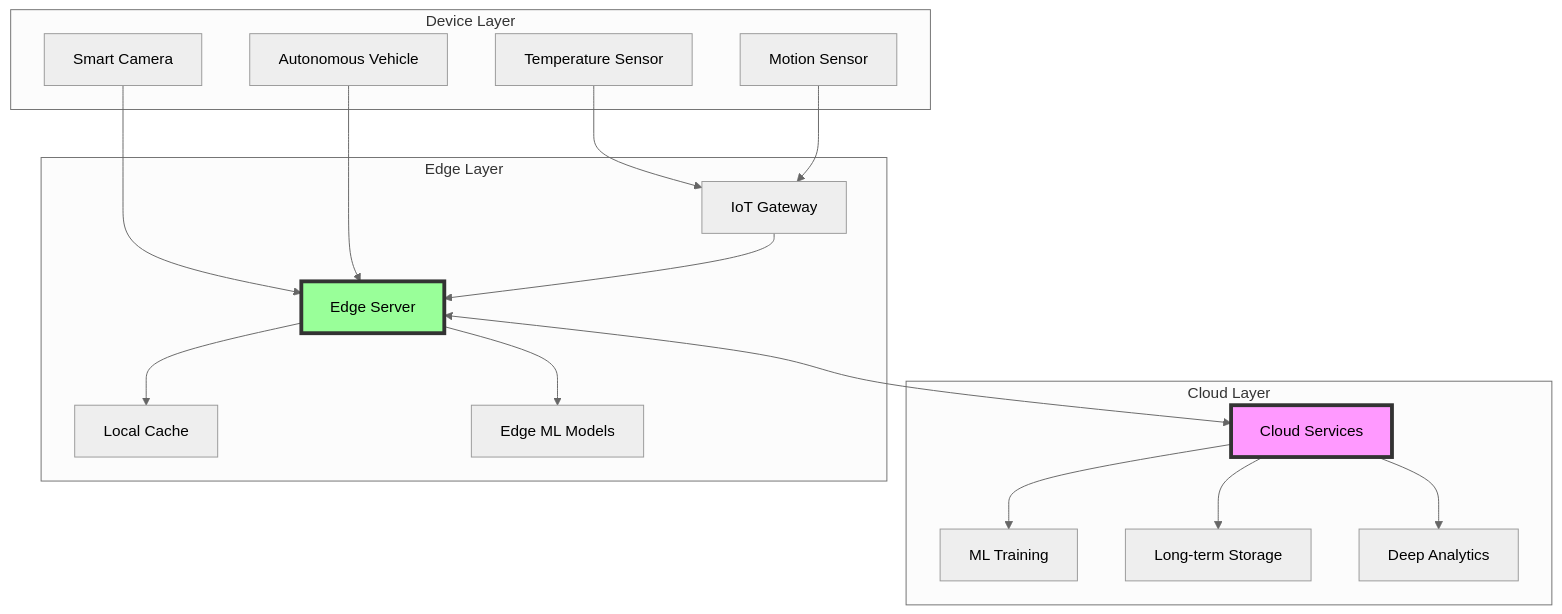
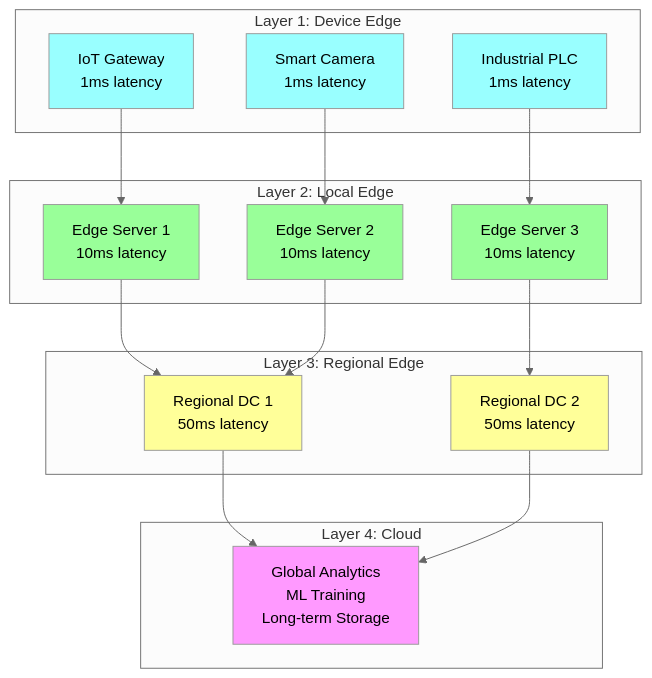
Before and after one commit to deepaucksharma/DStudio: the second of 16 diagrams in docs/pattern-library/scaling/edge-computing.md, drawn with Mermaid (neutral theme). The commit also changed other lines of this file and 12 other files, not shown here.

````diff
--- a/docs/pattern-library/scaling/edge-computing.md
+++ b/docs/pattern-library/scaling/edge-computing.md
@@ -193,40 +97,44 @@
 ```mermaid
 graph TB
-    subgraph "Cloud Layer"
-        Cloud[Cloud Services]
-        ML[ML Training]
-        Storage[Long-term Storage]
-        Analytics[Deep Analytics]
+    subgraph "Layer 4: Cloud"
+        Cloud[Global Analytics<br/>ML Training<br/>Long-term Storage]
     end
     
-    subgraph "Edge Layer"
-        Gateway[IoT Gateway]
-        EdgeServer[Edge Server]
-        Cache[Local Cache]
-        EdgeML[Edge ML Models]
+    subgraph "Layer 3: Regional Edge"
+        Regional1[Regional DC 1<br/>50ms latency]
+        Regional2[Regional DC 2<br/>50ms latency]
     end
     
-    subgraph "Device Layer"
-        Sensor1[Temperature Sensor]
-        Sensor2[Motion Sensor]
-        Camera[Smart Camera]
-        Vehicle[Autonomous Vehicle]
+    subgraph "Layer 2: Local Edge"
+        Edge1[Edge Server 1<br/>10ms latency]
+        Edge2[Edge Server 2<br/>10ms latency]
+        Edge3[Edge Server 3<br/>10ms latency]
     end
     
-    Sensor1 --> Gateway
-    Sensor2 --> Gateway
-    Camera --> EdgeServer
-    Vehicle --> EdgeServer
+    subgraph "Layer 1: Device Edge"
+        Device1[IoT Gateway<br/>1ms latency]
+        Device2[Smart Camera<br/>1ms latency]
+        Device3[Industrial PLC<br/>1ms latency]
+    end
     
-    Gateway --> EdgeServer
-    EdgeServer <--> Cloud
-    EdgeServer --> Cache
-    EdgeServer --> EdgeML
+    Device1 --> Edge1
+    Device2 --> Edge2
+    Device3 --> Edge3
     
-    Cloud --> ML
-    Cloud --> Storage
-    Cloud --> Analytics
+    Edge1 --> Regional1
+    Edge2 --> Regional1
+    Edge3 --> Regional2
     
-    style Cloud fill:#f9f,stroke:#333,stroke-width:4px
-    style EdgeServer fill:#9f9,stroke:#333,stroke-width:4px
+    Regional1 --> Cloud
+    Regional2 --> Cloud
+    
+    style Cloud fill:#f9f
+    style Regional1 fill:#ff9
+    style Regional2 fill:#ff9
+    style Edge1 fill:#9f9
+    style Edge2 fill:#9f9
+    style Edge3 fill:#9f9
+    style Device1 fill:#9ff
+    style Device2 fill:#9ff
+    style Device3 fill:#9ff
 ```
````
